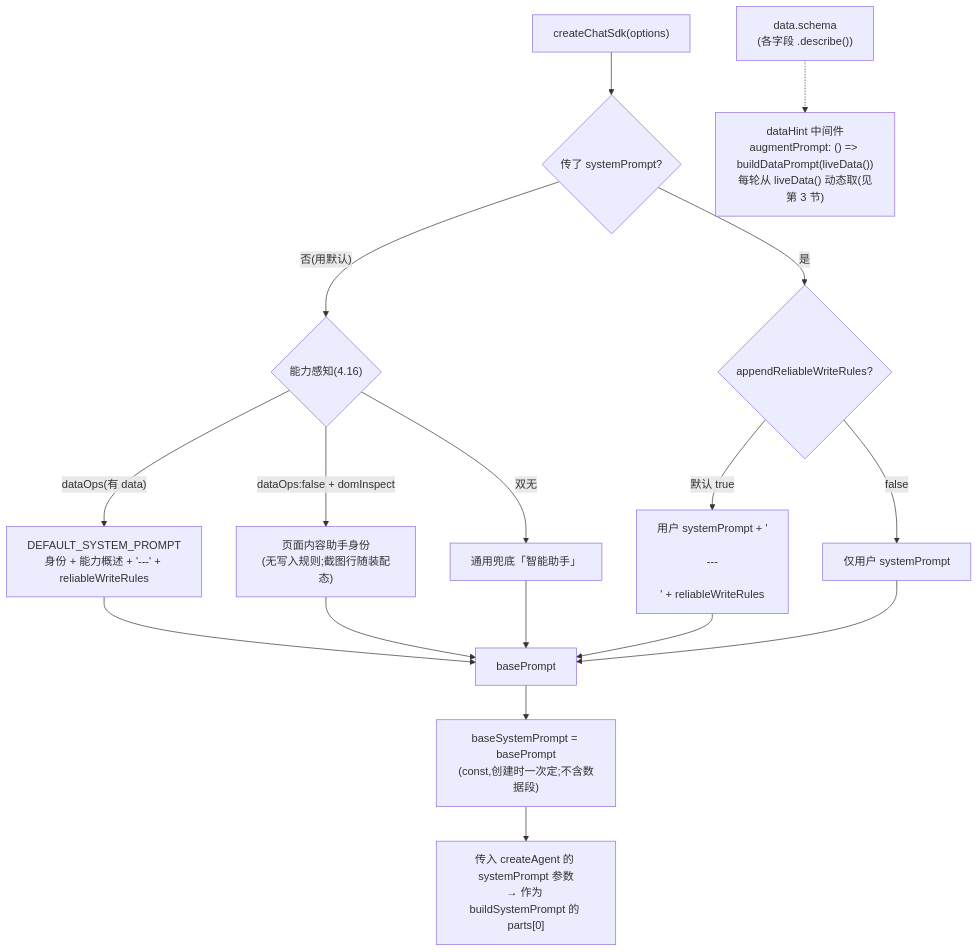
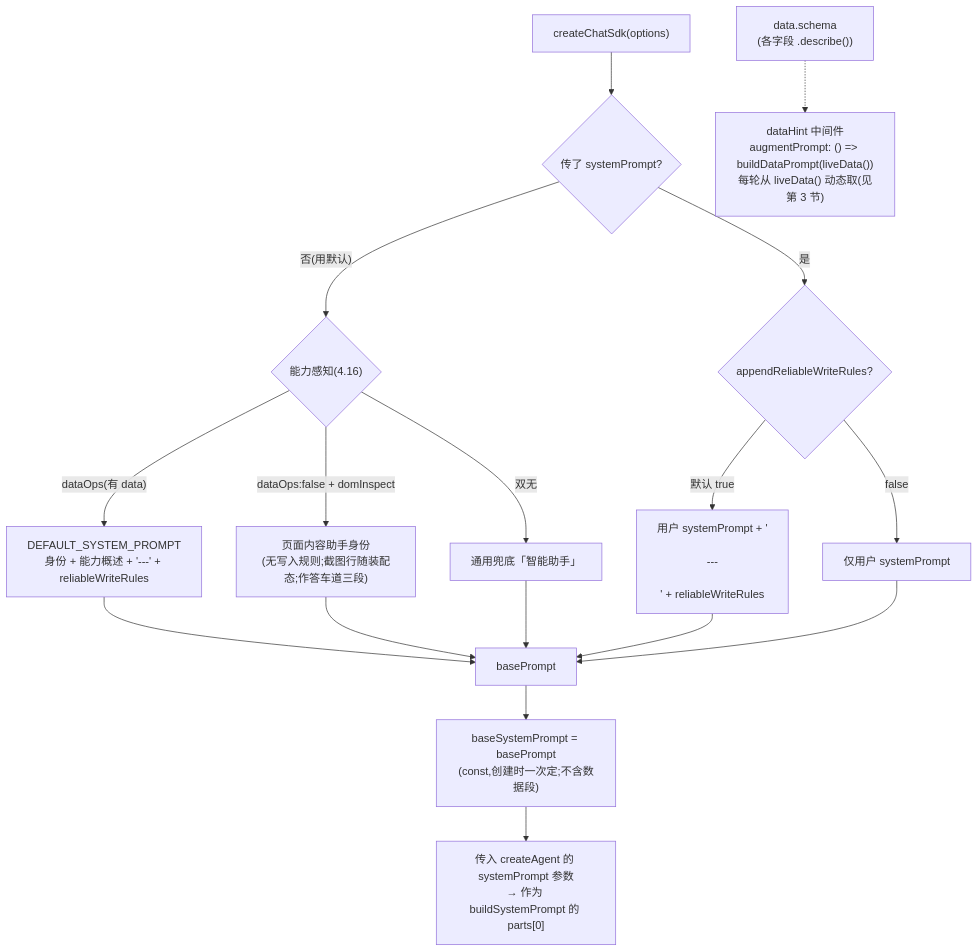
Before and after one commit to whyymj/page-agent-sdk: the first of 2 diagrams in doc/system-prompt.md, drawn with Mermaid. The commit also changed other lines of this file and 23 other files, not shown here.

````diff
--- a/doc/system-prompt.md
+++ b/doc/system-prompt.md
@@ -49,24 +49,24 @@
 ```mermaid
 flowchart TD
   A["createChatSdk(options)"] --> B{"传了 systemPrompt?"}
 
   B -- "否(用默认)" --> C{"能力感知(4.16)"}
   C -- "dataOps(有 data)" --> C1["DEFAULT_SYSTEM_PROMPT<br/>身份 + 能力概述 + '---' + reliableWriteRules"]
-  C -- "dataOps:false + domInspect" --> C2["页面内容助手身份<br/>(无写入规则;截图行随装配态)"]
+  C -- "dataOps:false + domInspect" --> C2["页面内容助手身份<br/>(无写入规则;截图行随装配态;作答车道三段)"]
   C -- "双无" --> C3["通用兜底「智能助手」"]
   B -- "是" --> D{"appendReliableWriteRules?"}
   D -- "默认 true" --> E["用户 systemPrompt + '\n\n---\n\n' + reliableWriteRules"]
   D -- "false" --> F["仅用户 systemPrompt"]
 
   C1 --> G["basePrompt"]
   C2 --> G
   C3 --> G
   E --> G
   F --> G
 
   G --> J["baseSystemPrompt = basePrompt<br/>(const,创建时一次定;不含数据段)"]
 
   J --> K["传入 createAgent 的 systemPrompt 参数<br/>→ 作为 buildSystemPrompt 的 parts[0]"]
 
   L["data.schema<br/>(各字段 .describe())"] -.-> M["dataHint 中间件<br/>augmentPrompt: () => buildDataPrompt(liveData())<br/>每轮从 liveData() 动态取(见第 3 节)"]
 ```
````
